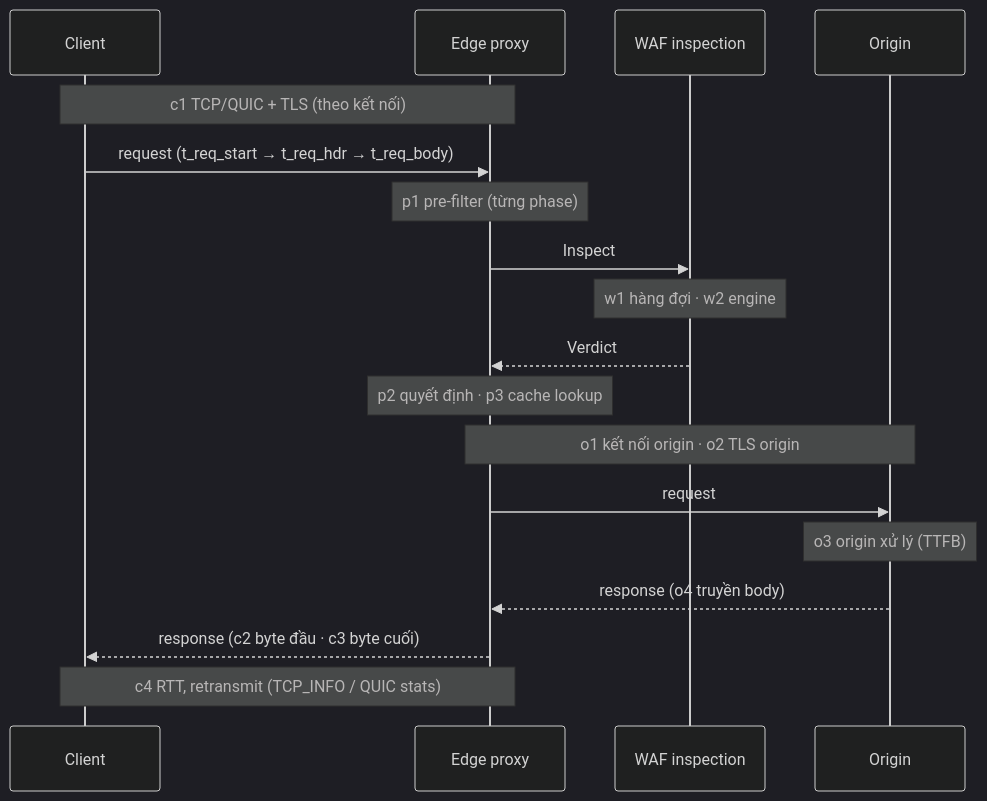
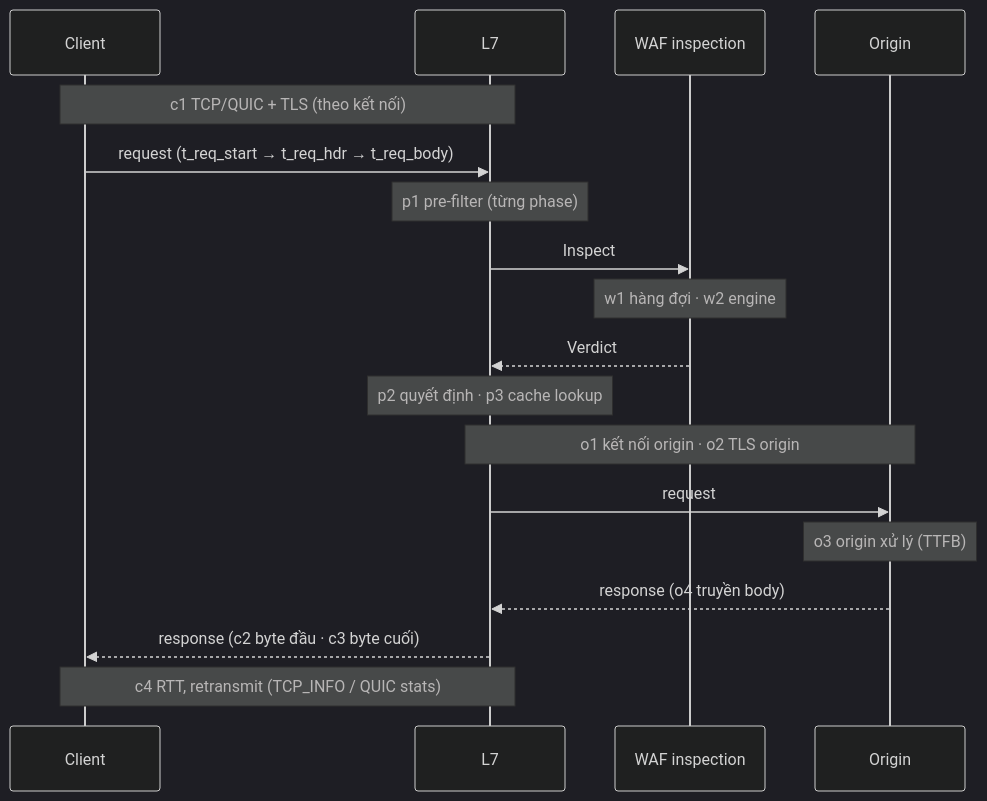
One commit to metap-org/metap-demo-waf changed the diagram in docs/architecture/08-cross-cutting/14-latency-and-error-attribution.md. Above: the diagram before and after it, drawn with Mermaid (dark theme). The commit also changed other lines of this file and 38 other files, not shown here.

First line of the commit message:
docs: rename the edge proxy tier to L7

````diff
--- a/docs/architecture/08-cross-cutting/14-latency-and-error-attribution.md
+++ b/docs/architecture/08-cross-cutting/14-latency-and-error-attribution.md
@@ -8,20 +8,20 @@
 ```mermaid
 sequenceDiagram
     participant C as Client
-    participant P as Edge proxy
+    participant P as L7
     participant W as WAF inspection
     participant O as Origin
     Note over C,P: c1 TCP/QUIC + TLS (theo kết nối)
     C->>P: request (t_req_start → t_req_hdr → t_req_body)
     Note over P: p1 pre-filter (từng phase)
     P->>W: Inspect
     Note over W: w1 hàng đợi · w2 engine
     W-->>P: Verdict
     Note over P: p2 quyết định · p3 cache lookup
     Note over P,O: o1 kết nối origin · o2 TLS origin
     P->>O: request
     Note over O: o3 origin xử lý (TTFB)
     O-->>P: response (o4 truyền body)
     P-->>C: response (c2 byte đầu · c3 byte cuối)
     Note over C,P: c4 RTT, retransmit (TCP_INFO / QUIC stats)
 ```
````
